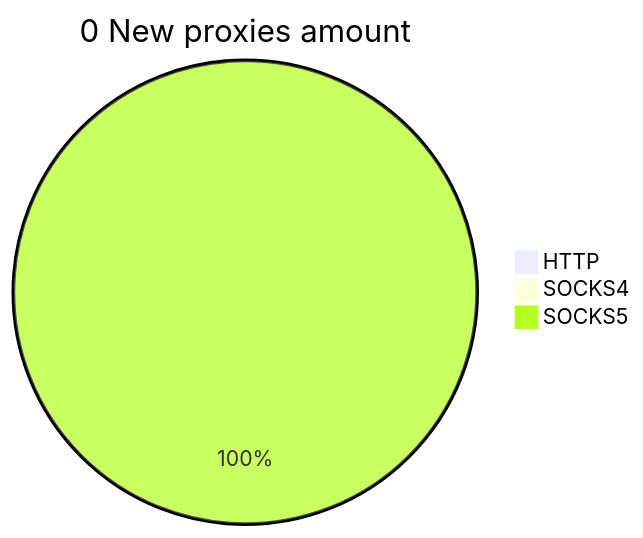
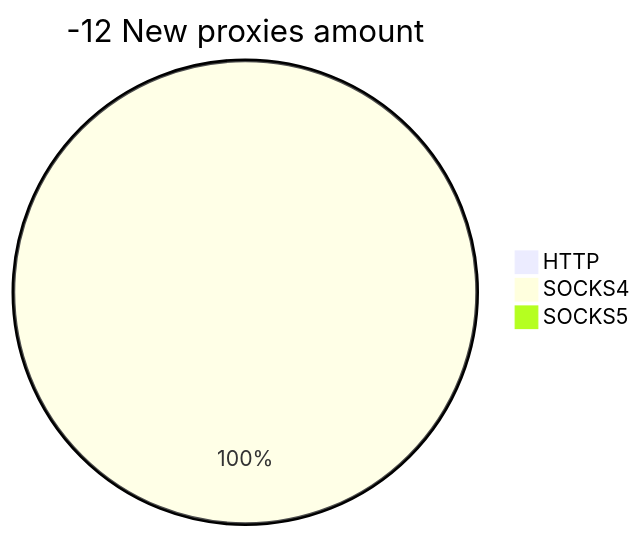
The second of 2 diagrams in README.md (cutipu/proxylist), drawn with Mermaid before and after one commit. The commit also changed other lines of this file, not shown here.

````diff
--- a/README.md
+++ b/README.md
@@ -10,6 +10,6 @@
 ```mermaid
-pie title 0 New proxies amount
+pie title -12 New proxies amount
     "HTTP" : 0
-    "SOCKS4" : 0
-    "SOCKS5" : 3
+    "SOCKS4" : 1
+    "SOCKS5" : 0
 ```
````
